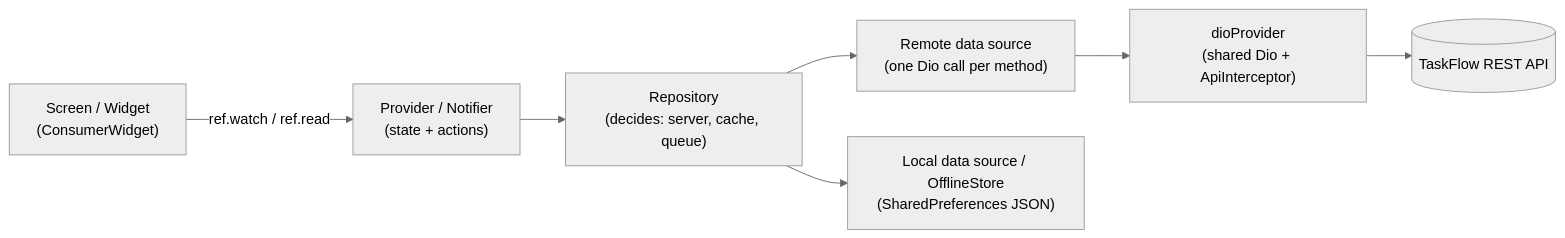
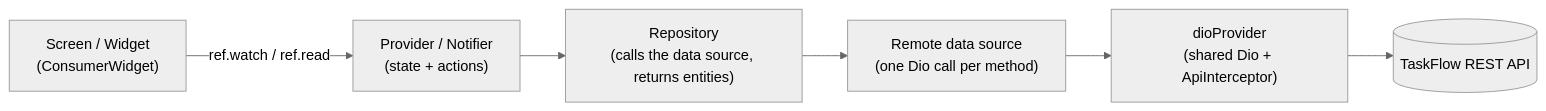
The diagram in docs/technical_defense/00_PROJECT_MAP.md (leyakassir/taskflow-mobile), drawn with Mermaid (neutral theme) before and after one commit. The commit also changed other lines of this file and 14 other files, not shown here.

````diff
--- a/docs/technical_defense/00_PROJECT_MAP.md
+++ b/docs/technical_defense/00_PROJECT_MAP.md
@@ -110,9 +109,8 @@
 ```mermaid
 flowchart LR
   UI["Screen / Widget<br/>(ConsumerWidget)"] -->|ref.watch / ref.read| P["Provider / Notifier<br/>(state + actions)"]
-  P --> R["Repository<br/>(decides: server, cache, queue)"]
+  P --> R["Repository<br/>(calls the data source, returns entities)"]
   R --> RDS["Remote data source<br/>(one Dio call per method)"]
-  R --> LDS["Local data source / OfflineStore<br/>(SharedPreferences JSON)"]
   RDS --> DIO["dioProvider<br/>(shared Dio + ApiInterceptor)"]
   DIO --> API[("TaskFlow REST API")]
 ```
````
